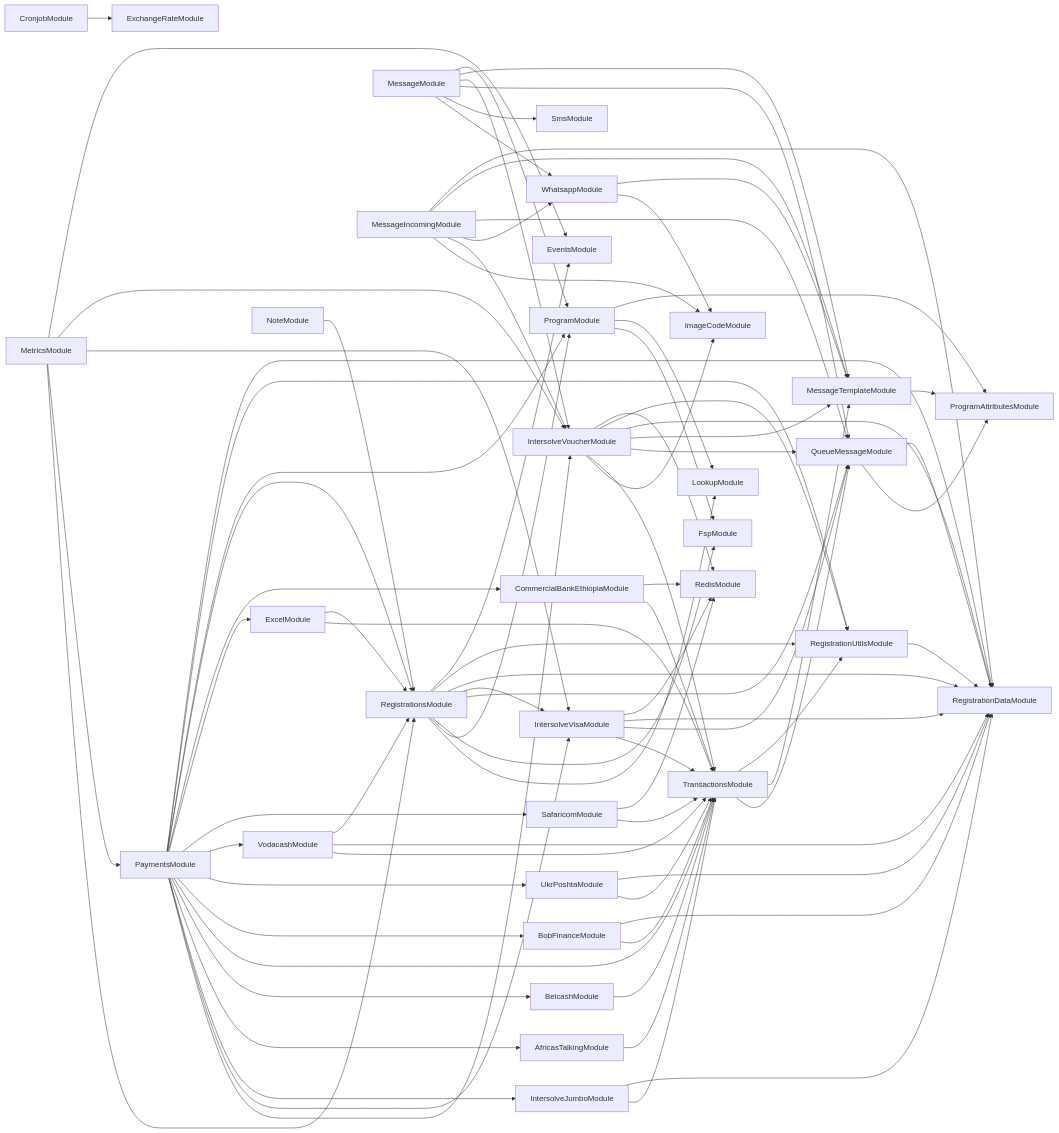
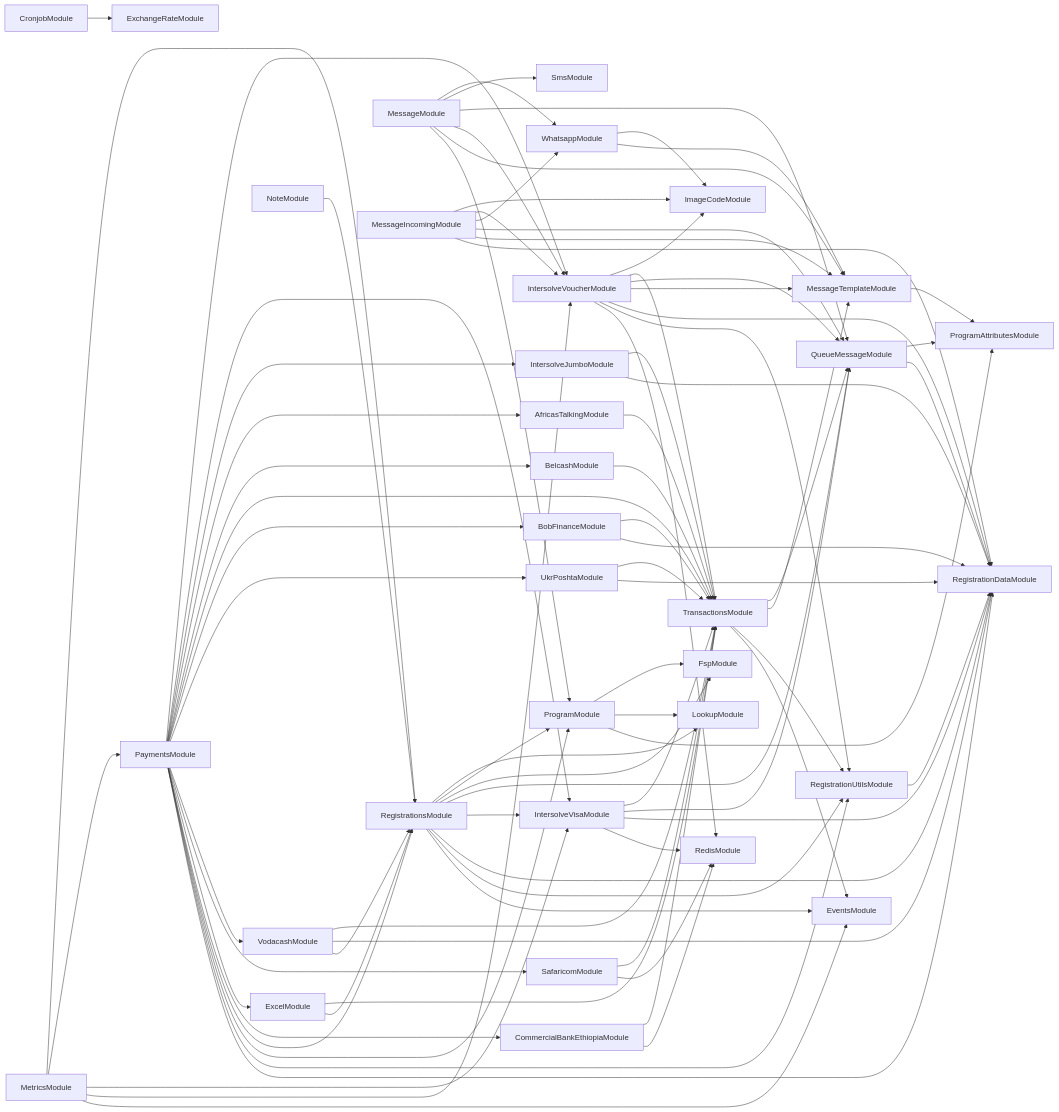
Before and after one commit to global-121/121-platform: the diagram in services/121-service/module-dependencies.md, drawn with Mermaid. The commit also changed 6 other files, not shown here.

```diff
--- a/services/121-service/module-dependencies.md
+++ b/services/121-service/module-dependencies.md
@@ -19,6 +19,7 @@
   TransactionsModule-->MessageTemplateModule
   TransactionsModule-->RegistrationUtilsModule
   RegistrationUtilsModule-->RegistrationDataModule
+  TransactionsModule-->EventsModule
   IntersolveVisaModule-->QueueMessageModule
   IntersolveVisaModule-->RegistrationDataModule
   IntersolveVisaModule-->RedisModule
```
